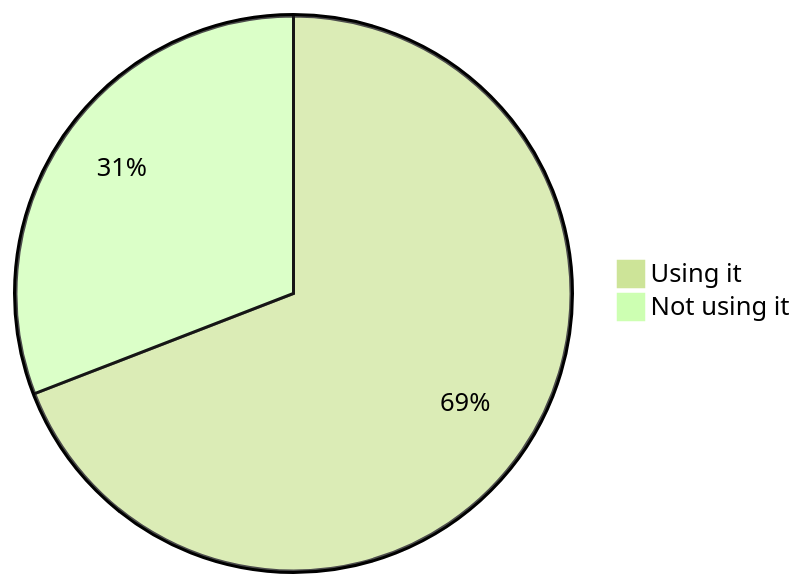
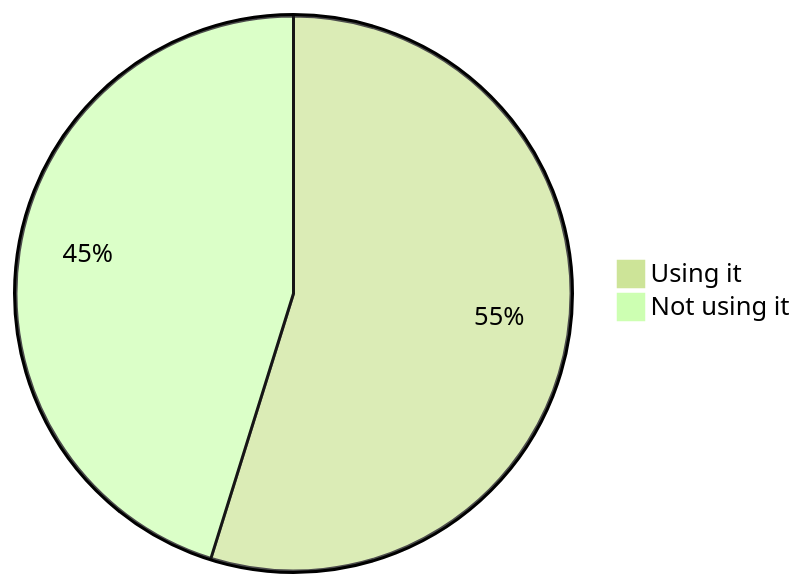
Diagram 11 of 18 in stats.md (oshp/oshp-stats), drawn with Mermaid (forest theme) before and after one commit. The commit also changed other lines of this file and 1 other file, not shown here.

````diff
--- a/stats.md
+++ b/stats.md
@@ -128,6 +128,6 @@
 ```mermaid
 pie
-	"Using it" : 69.13
-	"Not using it" : 30.87
+	"Using it" : 54.81
+	"Not using it" : 45.19
 
 ```
````
